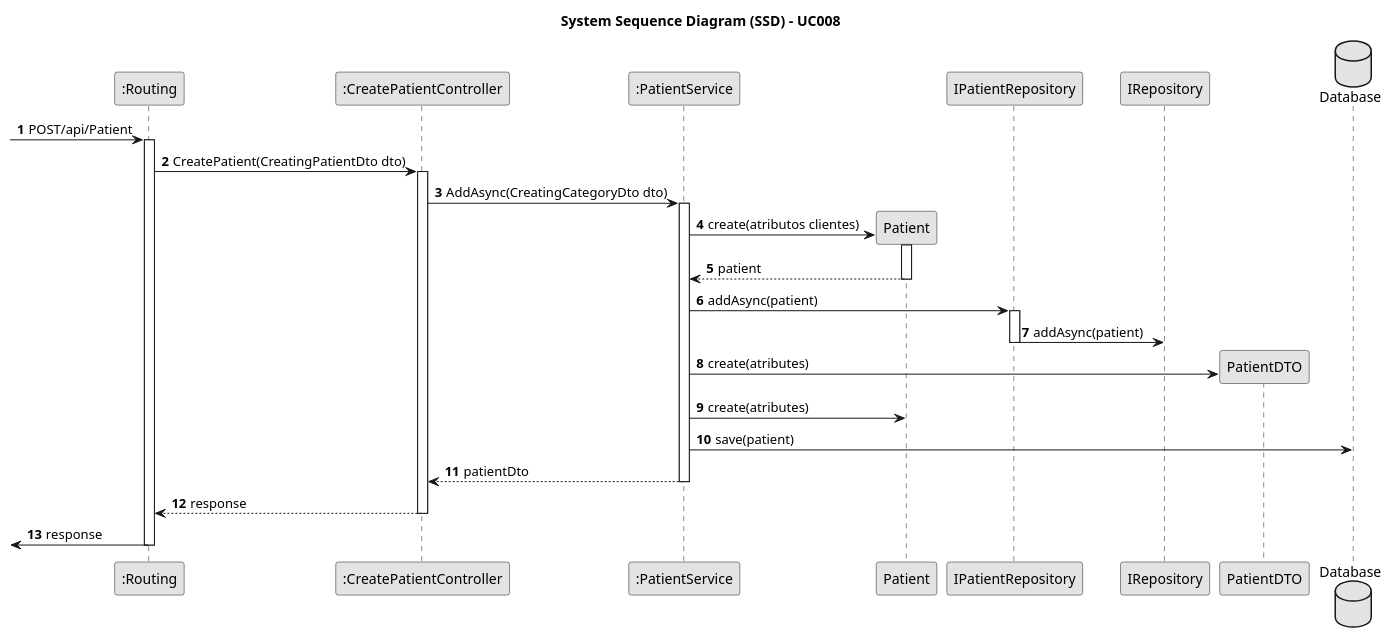
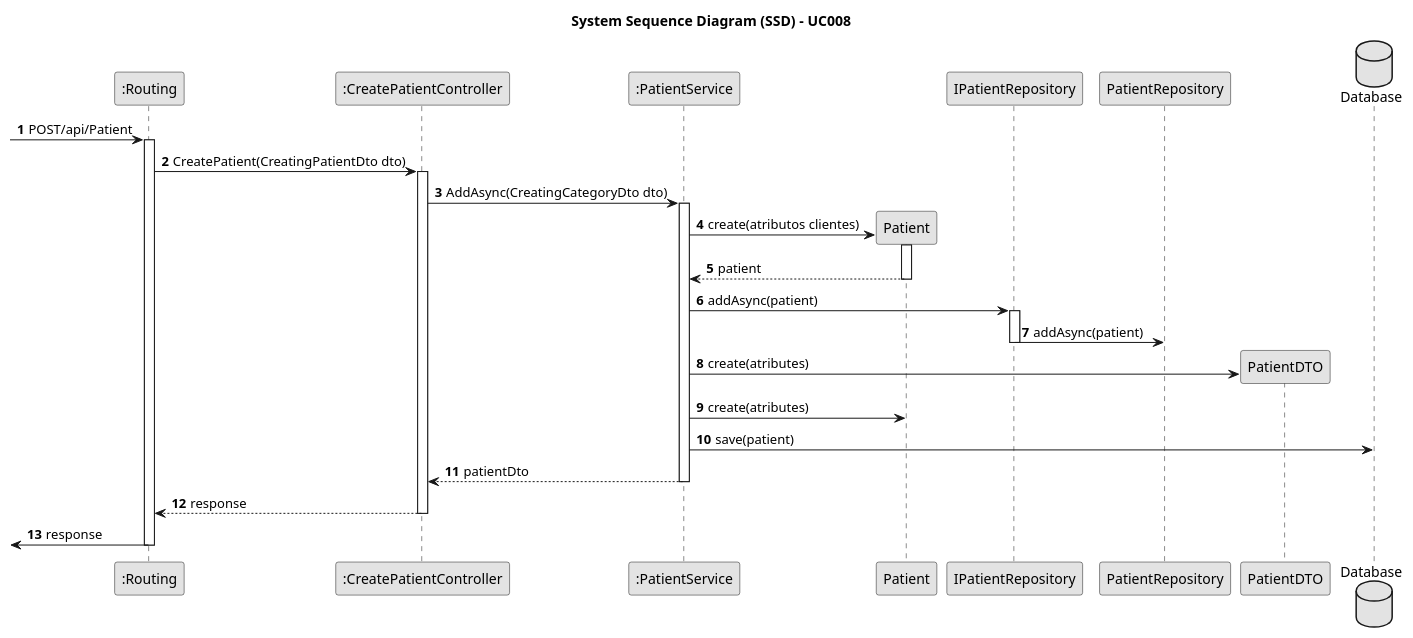
The diagram in docs/SprintA/UseCases/UC008/03.design/puml/uc008-sequence-diagram.puml (1221124/sem5pi-24-25-g031), drawn with PlantUML before and after one commit. The commit also changed 1 other file, not shown here.

```diff
--- a/docs/SprintA/UseCases/UC008/03.design/puml/uc008-sequence-diagram.puml
+++ b/docs/SprintA/UseCases/UC008/03.design/puml/uc008-sequence-diagram.puml
@@ -1,55 +1,55 @@
 @startuml
 skinparam monochrome true
 skinparam packageStyle rectangle
 skinparam shadowing false
 autonumber
 
 title System Sequence Diagram (SSD) - UC008
 
 participant ":Routing" as Routing
 participant ":CreatePatientController" as Controller
 participant ":PatientService" as Service
 participant "Patient" as Patient 
 participant "IPatientRepository" as IPatientRepositry
-participant "IRepository" as IRepository
+participant "PatientRepository" as PatientRepository
 participant "PatientDTO" as PatientDTO
 database "Database" as Database
 
 ->  Routing: POST/api/Patient
 activate Routing
 
     Routing -> Controller: CreatePatient(CreatingPatientDto dto)
     activate Controller
 
         Controller -> Service: AddAsync(CreatingCategoryDto dto)
         activate Service
 
             Service -> Patient**: create(atributos clientes)
             activate Patient
 
                 Patient --> Service: patient
             deactivate Patient
 
             Service -> IPatientRepositry: addAsync(patient)
             activate IPatientRepositry
 
-                IPatientRepositry -> IRepository: addAsync(patient)
+                IPatientRepositry -> PatientRepository: addAsync(patient)
             deactivate IPatientRepositry
 
             Service -> PatientDTO**: create(atributes)
 
             Service -> Patient: create(atributes)
 
             Service -> Database: save(patient)
 
             Service --> Controller: patientDto
         deactivate Service
 
         Controller --> Routing: response
     deactivate Controller
 
     <- Routing: response
 deactivate Routing
 
 
 @enduml
```
